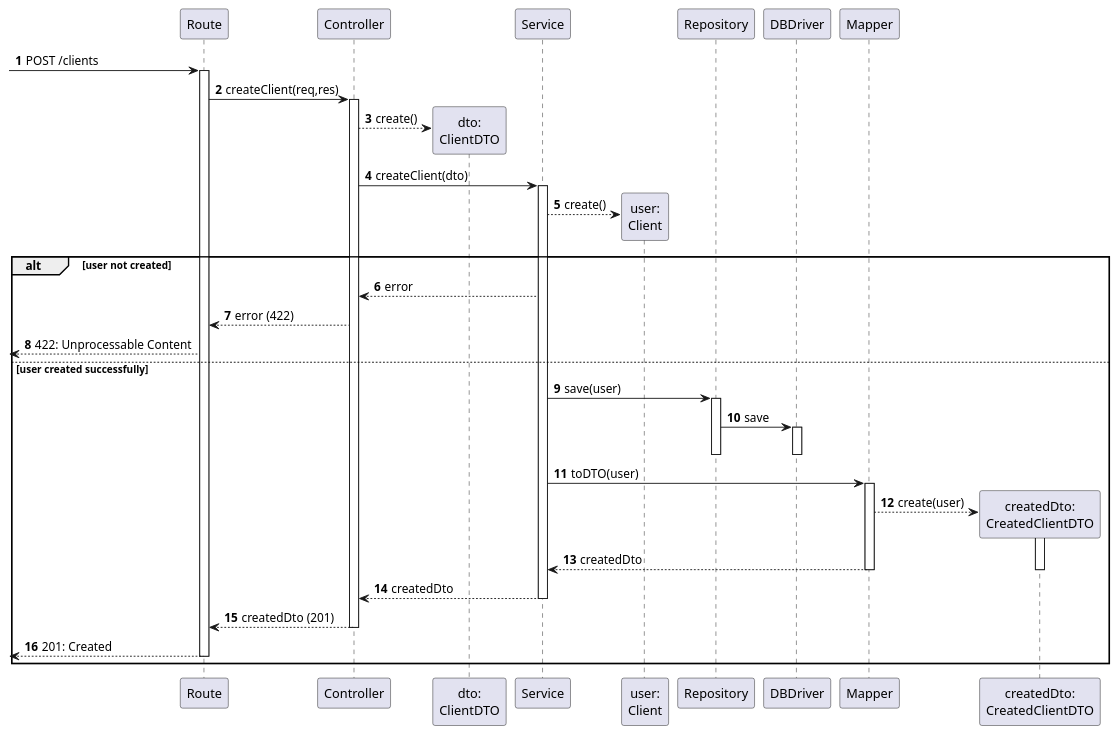
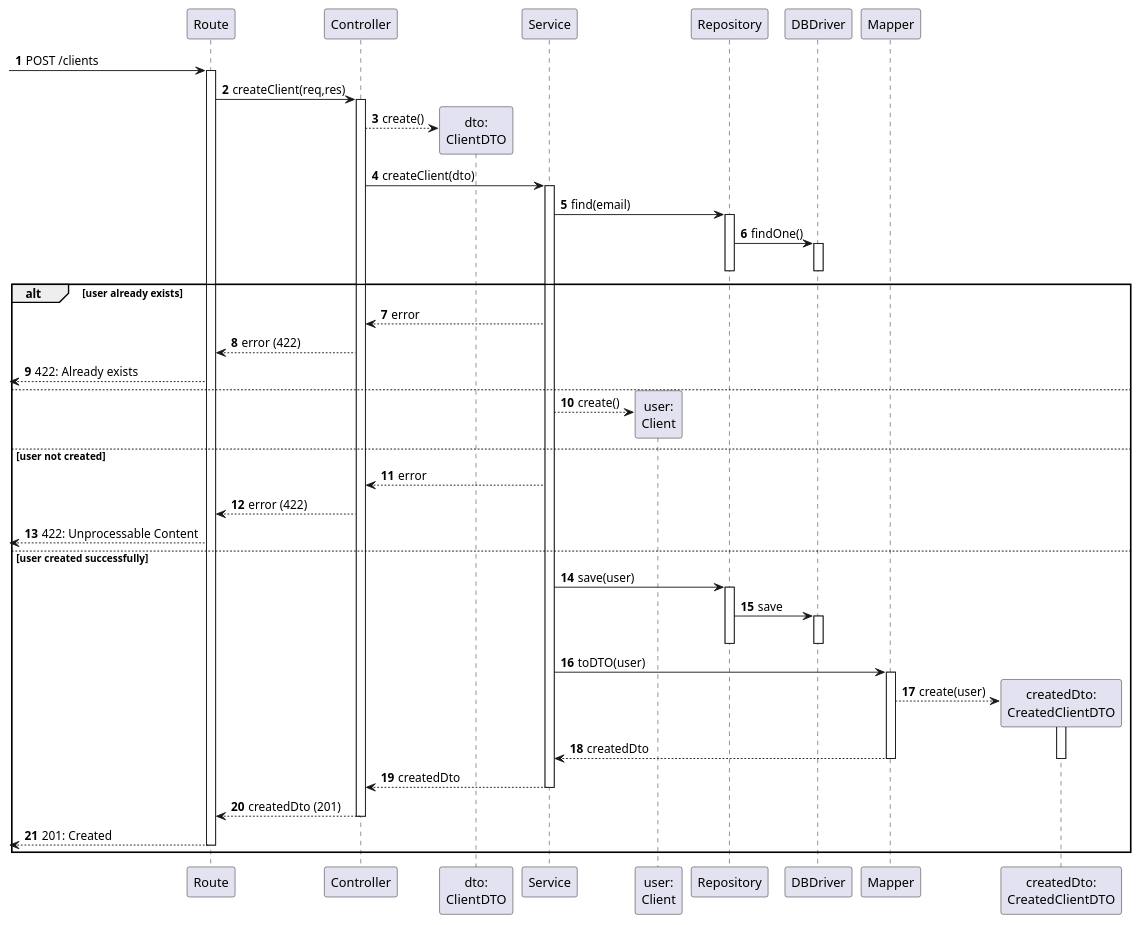
One commit to Departamento-de-Engenharia-Informatica/lapr5-23-24-g19 changed the diagram in docs/us20/level3/be-process-view.puml. Above: the diagram before and after it, drawn with PlantUML. The commit also changed 1 other file, not shown here.

```diff
--- a/docs/us20/level3/be-process-view.puml
+++ b/docs/us20/level3/be-process-view.puml
@@ -1,57 +1,74 @@
 @startuml
 autonumber
 
 participant "Route" as r
 participant "Controller" as ctrl
 participant "dto:\nClientDTO" as xdto
 participant "Service" as svc
 participant "user:\nClient" as b
 participant "Repository" as repo
 participant "DBDriver" as db
 
 
 participant "Mapper" as map
 
 participant "createdDto:\nCreatedClientDTO" as dto
 
 
 [-> r : POST /clients
 activate r
     r -> ctrl : createClient(req,res)
 
     activate ctrl
         ctrl --> xdto ** : create()
         ctrl -> svc : createClient(dto)
         activate svc
+            svc -> repo: find(email)
+            activate repo
+                repo -> db : findOne()
+                activate db
+                deactivate db
+            deactivate repo
+
+            alt user already exists
+                svc --> ctrl : error
+                ctrl --> r : error (422)
+                [<-- r : 422: Already exists
+
+            else
             svc --> b ** : create()
 
-            alt user not created
+            else user not created
                 svc --> ctrl : error
                 ctrl --> r : error (422)
                 [<-- r : 422: Unprocessable Content
             else user created successfully
+
+
+
+
                 svc -> repo : save(user)
                 activate repo
                     repo -> db : save
                     activate db
                     deactivate db
                 deactivate repo
 
                 svc -> map : toDTO(user)
                 activate map
                     map --> dto **: create(user)
                     activate dto
                         map --> svc : createdDto
                     deactivate dto
                 deactivate map
 
                 svc --> ctrl : createdDto
             deactivate svc
 
             ctrl --> r : createdDto (201)
         deactivate ctrl
     [<-- r : 201: Created
 deactivate r
 end
 
 @enduml
```
